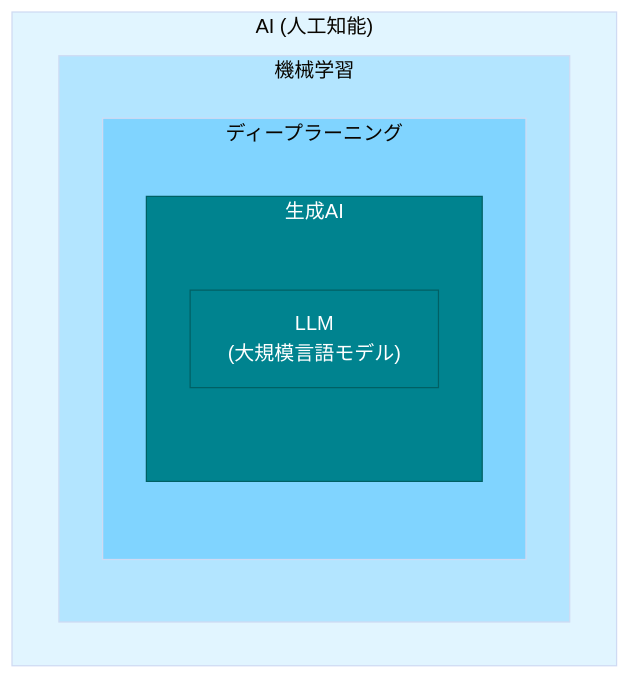
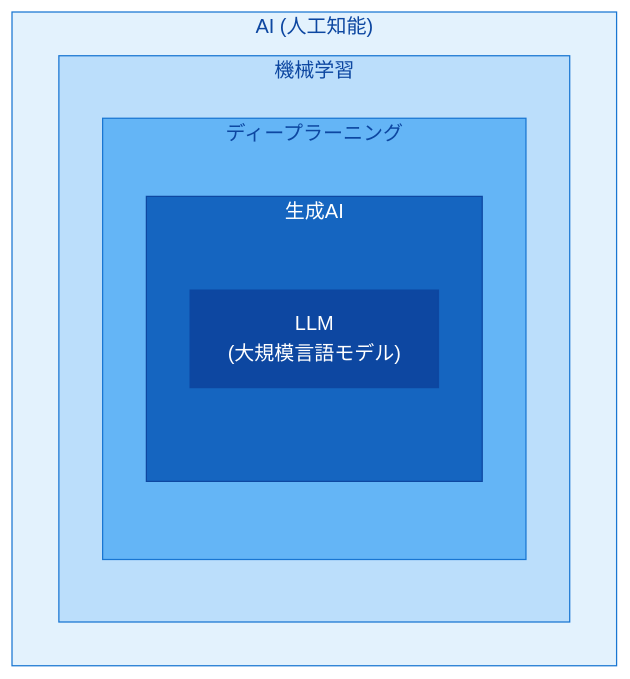
Before and after one commit to cyber-freaks-jp/AI_Driven_Development_Course: the diagram in book/pages/AIの種類.md, drawn with Mermaid (base theme). The commit also changed 12 other files, not shown here.

````diff
--- a/book/pages/AIの種類.md
+++ b/book/pages/AIの種類.md
@@ -9,18 +9,18 @@
 ```mermaid
 graph TD
     subgraph AI["AI (人工知能)"]
         subgraph ML["機械学習"]
             subgraph DL["ディープラーニング"]
                 subgraph GenAI["生成AI"]
                     LLM["LLM<br/>(大規模言語モデル)"]
                 end
             end
         end
     end
 
-    style AI fill:#e1f5ff
-    style ML fill:#b3e5ff
-    style DL fill:#80d4ff
-    style GenAI fill:#00838F,color:#FFFFFF,stroke:#006064
-    style LLM fill:#00838F,color:#FFFFFF,stroke:#006064
+    style AI fill:#e3f2fd,color:#0d47a1,stroke:#1976d2
+    style ML fill:#bbdefb,color:#0d47a1,stroke:#1976d2
+    style DL fill:#64b5f6,color:#0d47a1,stroke:#1976d2
+    style GenAI fill:#1565c0,color:#ffffff,stroke:#0d47a1
+    style LLM fill:#0d47a1,color:#ffffff,stroke:#0d47a1
 ```
````
